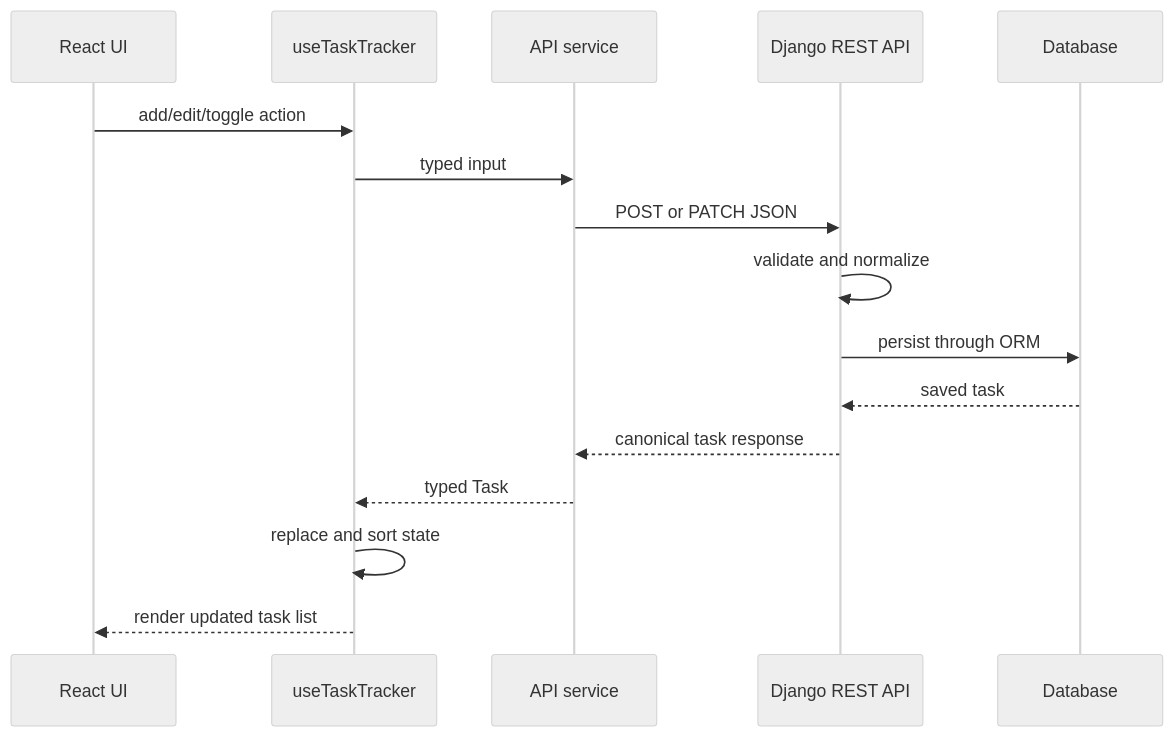
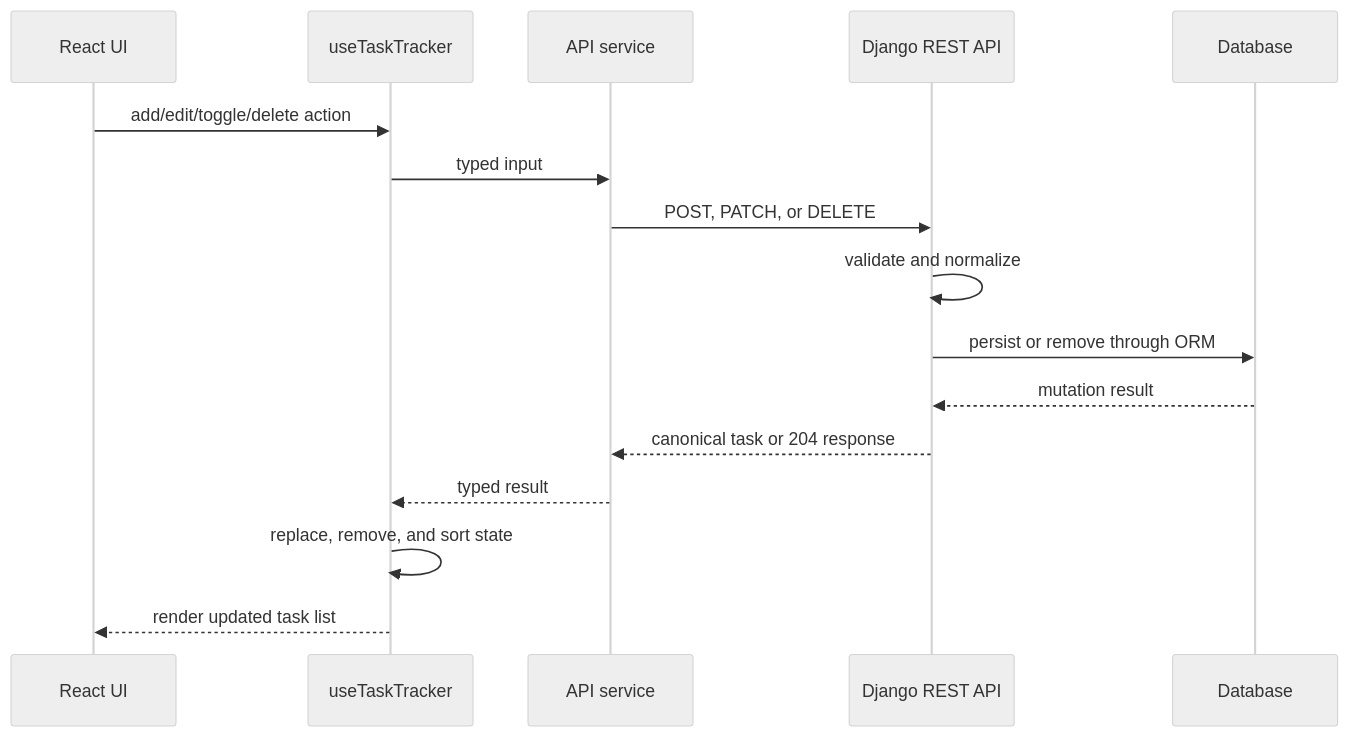
One commit to MarinJursic/spark-task-tracker changed the second of 2 diagrams in README.md. Above: the diagram before and after it, drawn with Mermaid (neutral theme). The commit also changed other lines of this file and 12 other files, not shown here.

````diff
--- a/README.md
+++ b/README.md
@@ -90,19 +92,19 @@
 ```mermaid
 sequenceDiagram
   participant UI as React UI
   participant Hook as useTaskTracker
   participant API as API service
   participant DRF as Django REST API
   participant DB as Database
 
-  UI->>Hook: add/edit/toggle action
+  UI->>Hook: add/edit/toggle/delete action
   Hook->>API: typed input
-  API->>DRF: POST or PATCH JSON
+  API->>DRF: POST, PATCH, or DELETE
   DRF->>DRF: validate and normalize
-  DRF->>DB: persist through ORM
-  DB-->>DRF: saved task
-  DRF-->>API: canonical task response
-  API-->>Hook: typed Task
-  Hook->>Hook: replace and sort state
+  DRF->>DB: persist or remove through ORM
+  DB-->>DRF: mutation result
+  DRF-->>API: canonical task or 204 response
+  API-->>Hook: typed result
+  Hook->>Hook: replace, remove, and sort state
   Hook-->>UI: render updated task list
 ```
````
